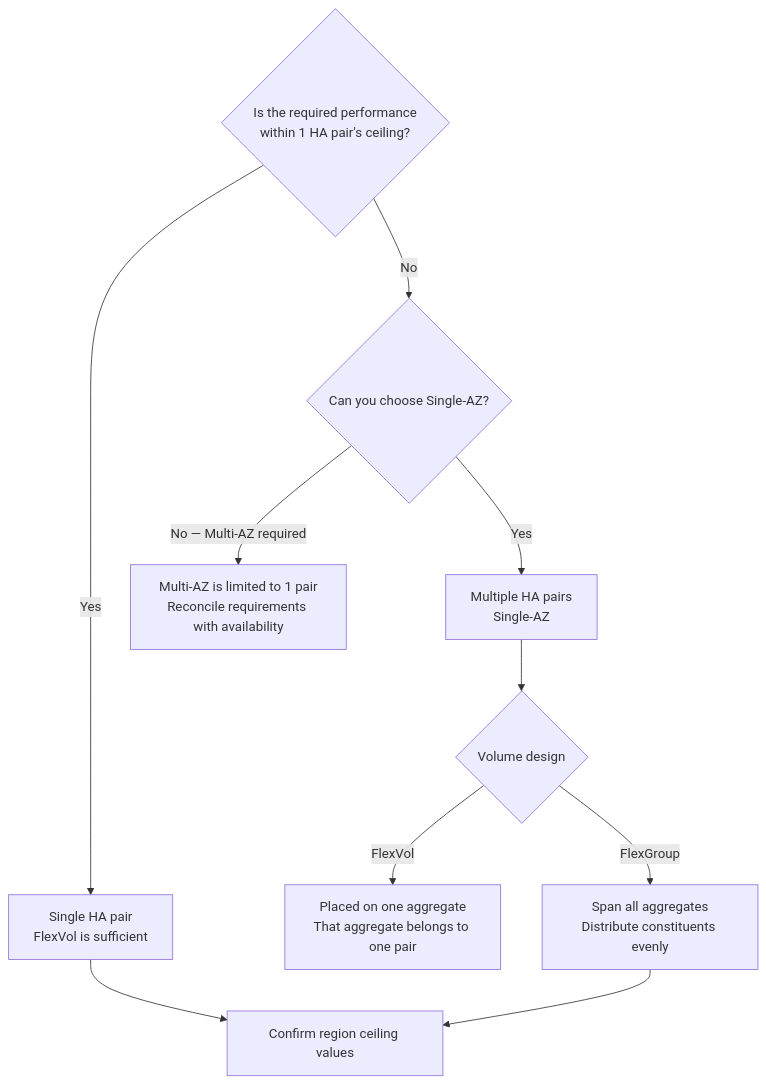
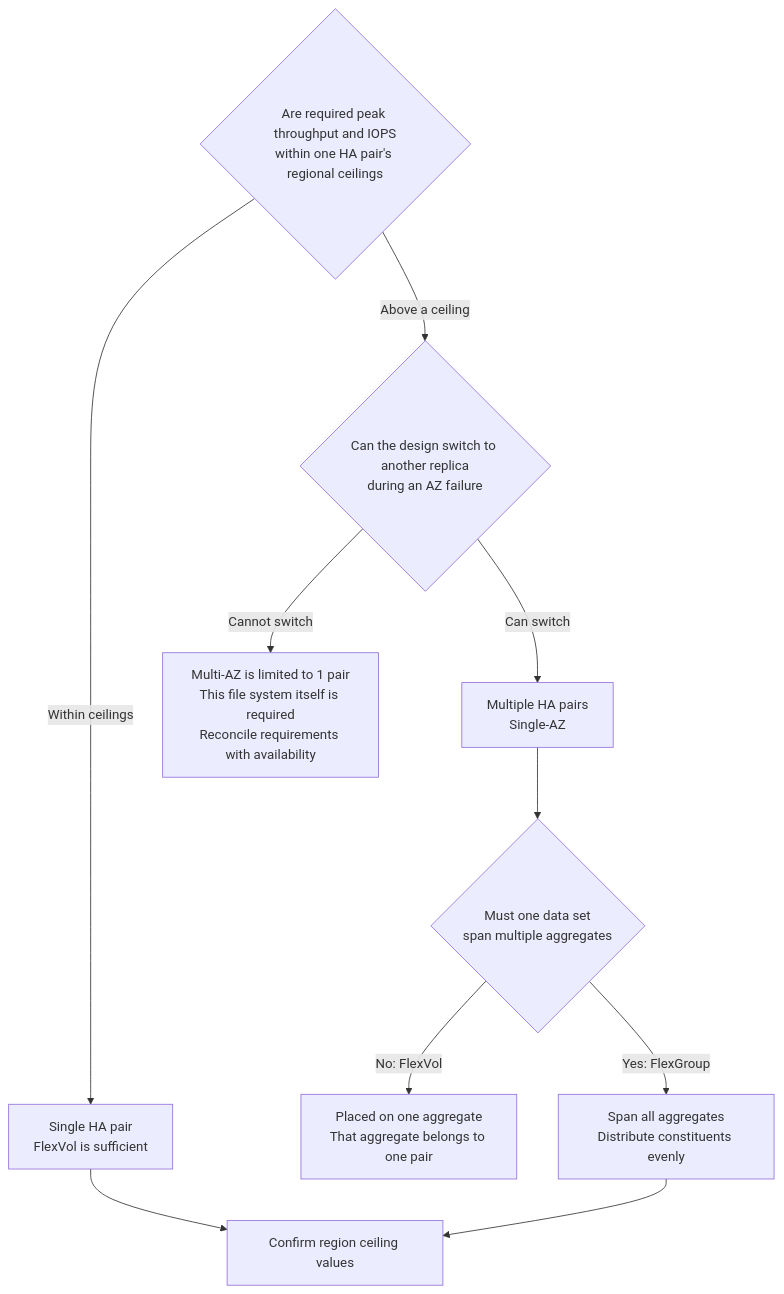
One commit to Yoshiki0705/FSx-for-ONTAP-Adoption-Playbook changed the diagram in docs/en/domains/performance/notes/where-throughput-is-determined-and-shared.md. Above: the diagram before and after it, drawn with Mermaid. The commit also changed 27 other files, not shown here.

````diff
--- a/docs/en/domains/performance/notes/where-throughput-is-determined-and-shared.md
+++ b/docs/en/domains/performance/notes/where-throughput-is-determined-and-shared.md
@@ -146,15 +146,15 @@
 ```mermaid
 graph TD
-    Q{Is the required performance<br/>within 1 HA pair's ceiling?} -->|Yes| ONE[Single HA pair<br/>FlexVol is sufficient]
-    Q -->|No| MULTI{Can you choose Single-AZ?}
+    Q{Are required peak throughput and IOPS<br/>within one HA pair's regional ceilings} -->|Within ceilings| ONE[Single HA pair<br/>FlexVol is sufficient]
+    Q -->|Above a ceiling| MULTI{Can the design switch to another replica<br/>during an AZ failure}
 
-    MULTI -->|Yes| MP[Multiple HA pairs<br/>Single-AZ]
-    MULTI -->|No — Multi-AZ required| CAP[Multi-AZ is limited to 1 pair<br/>Reconcile requirements with availability]
+    MULTI -->|Can switch| MP[Multiple HA pairs<br/>Single-AZ]
+    MULTI -->|Cannot switch| CAP[Multi-AZ is limited to 1 pair<br/>This file system itself is required<br/>Reconcile requirements with availability]
 
-    MP --> VOL{Volume design}
-    VOL -->|FlexVol| WARN[Placed on one aggregate<br/>That aggregate belongs to one pair]
-    VOL -->|FlexGroup| BAL[Span all aggregates<br/>Distribute constituents evenly]
+    MP --> VOL{Must one data set<br/>span multiple aggregates}
+    VOL -->|No: FlexVol| WARN[Placed on one aggregate<br/>That aggregate belongs to one pair]
+    VOL -->|Yes: FlexGroup| BAL[Span all aggregates<br/>Distribute constituents evenly]
 
     ONE --> REG[Confirm region ceiling values]
     BAL --> REG
 ```
````
